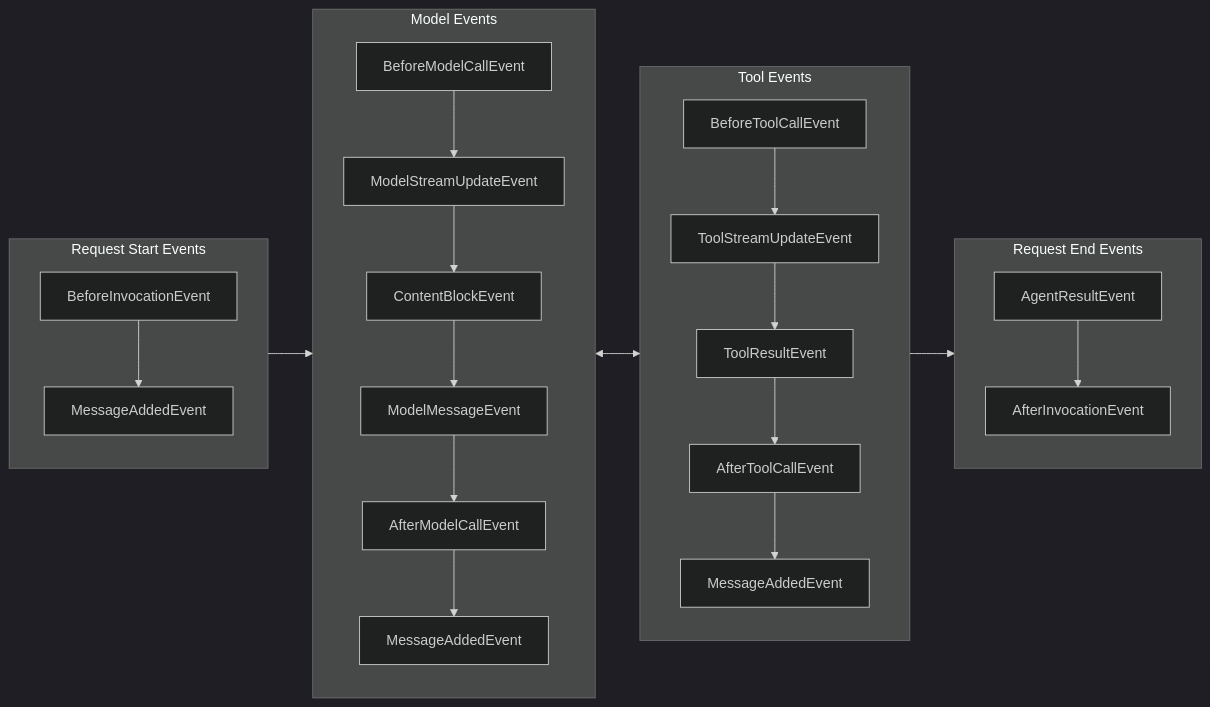
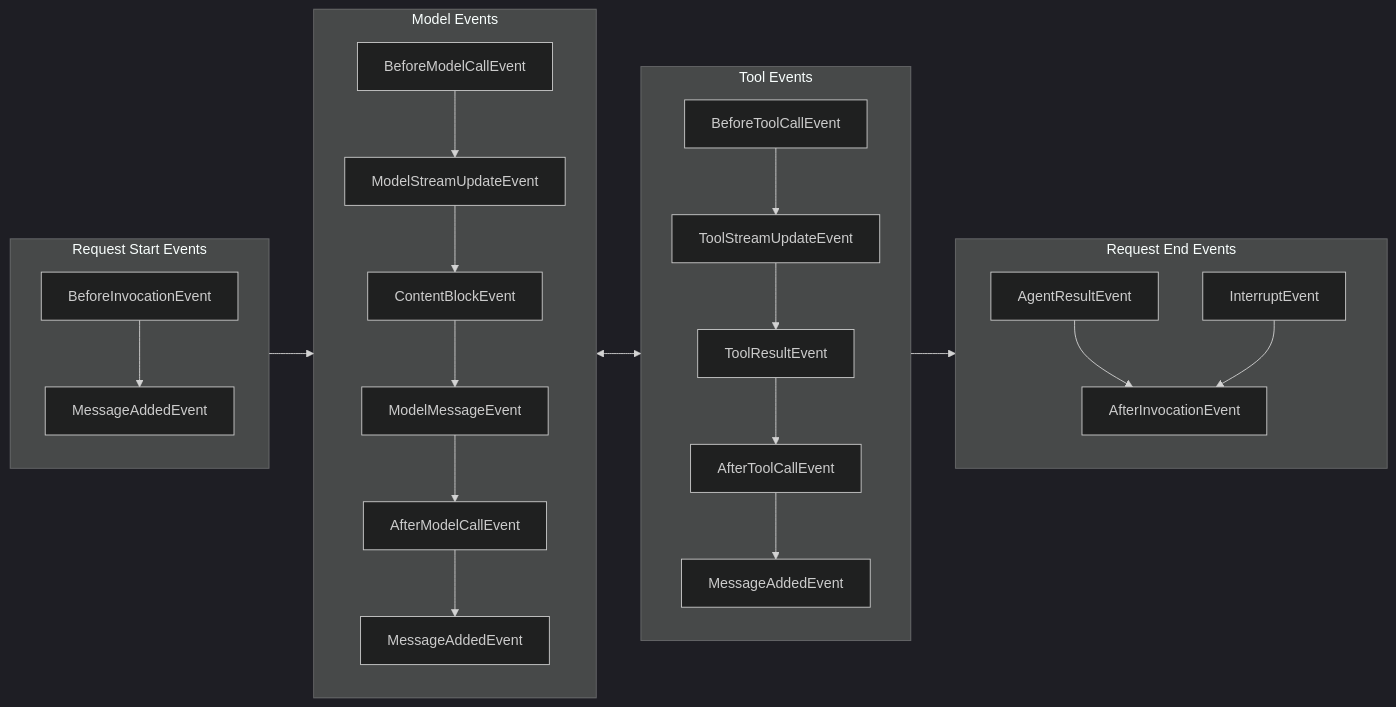
One commit to zastrowm/sdk-python changed the second of 4 diagrams in src/content/docs/user-guide/concepts/agents/hooks.mdx. Above: the diagram before and after it, drawn with Mermaid (dark theme). The commit also changed other lines of this file and 18 other files, not shown here.

````diff
--- a/src/content/docs/user-guide/concepts/agents/hooks.mdx
+++ b/src/content/docs/user-guide/concepts/agents/hooks.mdx
@@ -167,44 +167,46 @@
 ```mermaid
 flowchart LR
  subgraph Start["Request Start Events"]
     direction TB
         BeforeInvocationEvent["BeforeInvocationEvent"]
         StartMessage["MessageAddedEvent"]
         BeforeInvocationEvent --> StartMessage
   end
  subgraph Model["Model Events"]
     direction TB
         BeforeModelCallEvent["BeforeModelCallEvent"]
         ModelStreamUpdateEvent["ModelStreamUpdateEvent"]
         ContentBlockEvent["ContentBlockEvent"]
         ModelMessageEvent["ModelMessageEvent"]
         AfterModelCallEvent["AfterModelCallEvent"]
         ModelMessage["MessageAddedEvent"]
         BeforeModelCallEvent --> ModelStreamUpdateEvent
         ModelStreamUpdateEvent --> ContentBlockEvent
         ContentBlockEvent --> ModelMessageEvent
         ModelMessageEvent --> AfterModelCallEvent
         AfterModelCallEvent --> ModelMessage
   end
   subgraph Tool["Tool Events"]
     direction TB
         BeforeToolCallEvent["BeforeToolCallEvent"]
         ToolStreamUpdateEvent["ToolStreamUpdateEvent"]
         ToolResultEvent["ToolResultEvent"]
         AfterToolCallEvent["AfterToolCallEvent"]
         ToolMessage["MessageAddedEvent"]
         BeforeToolCallEvent --> ToolStreamUpdateEvent
         ToolStreamUpdateEvent --> ToolResultEvent
         ToolResultEvent --> AfterToolCallEvent
         AfterToolCallEvent --> ToolMessage
   end
   subgraph End["Request End Events"]
     direction TB
         AgentResultEvent["AgentResultEvent"]
         AfterInvocationEvent["AfterInvocationEvent"]
+        InterruptEvent["InterruptEvent"]
         AgentResultEvent --> AfterInvocationEvent
+        InterruptEvent --> AfterInvocationEvent
   end
 Start --> Model
 Model <--> Tool
 Tool --> End
 ```
````
